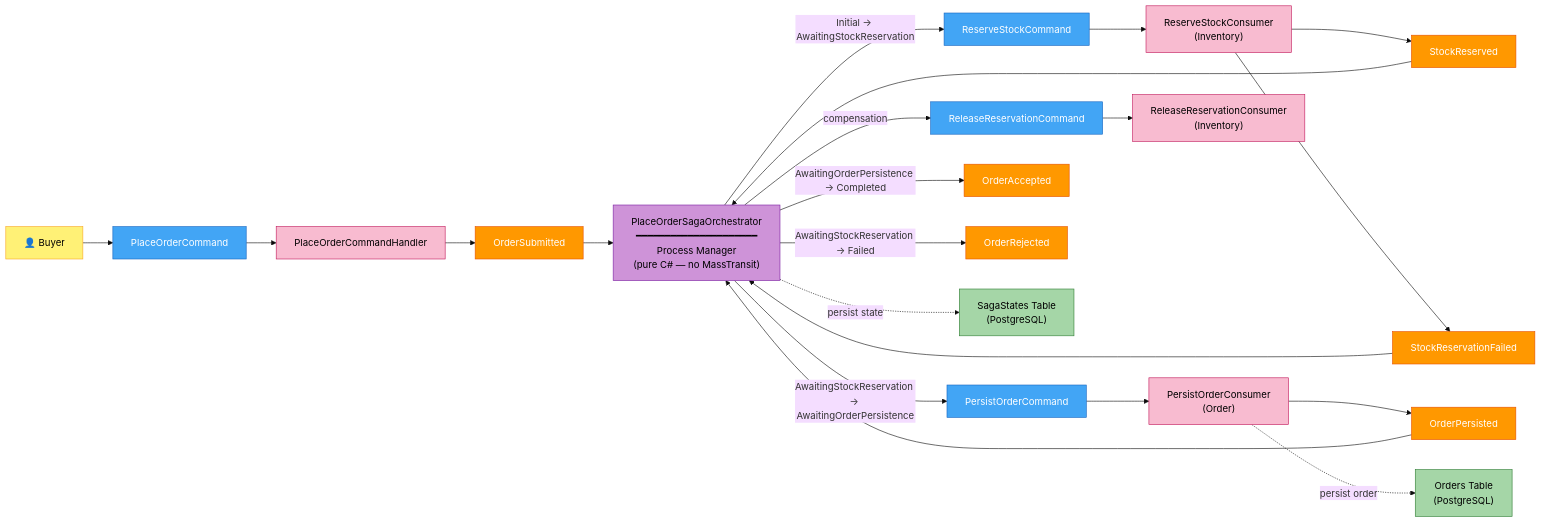
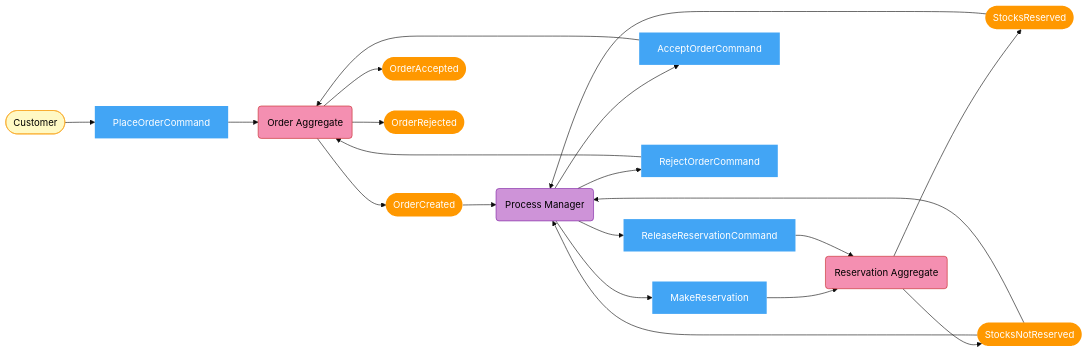
One commit to mnnam1302/EShop changed the second of 8 diagrams in Order/src/EShop.Order.API/README.md. Above: the diagram before and after it, drawn with Mermaid (base theme). The commit also changed other lines of this file and 3 other files, not shown here.

````diff
--- a/Order/src/EShop.Order.API/README.md
+++ b/Order/src/EShop.Order.API/README.md
@@ -133,53 +42,29 @@
 ```mermaid
-graph LR
-    BUYER["👤 Buyer"]:::actor
+flowchart LR
+    classDef event   fill:#ff9800,color:#fff,stroke:none
+    classDef command fill:#42a5f5,color:#fff,stroke:none
+    classDef agg     fill:#f48fb1,color:#000,stroke:#c62828
+    classDef pm      fill:#ce93d8,color:#000,stroke:#7b1fa2
+    classDef actor   fill:#fff9c4,color:#000,stroke:#f9a825
 
-    C1["PlaceOrderCommand"]:::command
-    C2["ReserveStockCommand"]:::command
-    C3["PersistOrderCommand"]:::command
-    C4["ReleaseReservationCommand"]:::command
+    Customer([Customer]):::actor
+    PlaceOrder[PlaceOrderCommand]:::command
+    OA(Order Aggregate):::agg
+    OrderCreated([OrderCreated]):::event
+    PM(Process Manager):::pm
+    MakeReservation[MakeReservation]:::command
+    RA(Reservation Aggregate):::agg
+    StocksReserved([StocksReserved]):::event
+    StocksNotReserved([StocksNotReserved]):::event
+    AcceptOrder[AcceptOrderCommand]:::command
+    RejectOrder[RejectOrderCommand]:::command
+    ReleaseReservation[ReleaseReservationCommand]:::command
+    OrderAccepted([OrderAccepted]):::event
+    OrderRejected([OrderRejected]):::event
 
-    H1["PlaceOrderCommandHandler"]:::aggregate
-    AGG_INV["ReserveStockConsumer<br/>(Inventory)"]:::aggregate
-    AGG_ORD["PersistOrderConsumer<br/>(Order)"]:::aggregate
-    AGG_REL["ReleaseReservationConsumer<br/>(Inventory)"]:::aggregate
-
-    E1["OrderSubmitted"]:::event
-    E2["StockReserved"]:::event
-    E3["StockReservationFailed"]:::event
-    E4["OrderPersisted"]:::event
-    E5["OrderAccepted"]:::event
-    E6["OrderRejected"]:::event
-
-    PM["PlaceOrderSagaOrchestrator<br/>━━━━━━━━━━━━━━━━━━━━━<br/>Process Manager<br/>(pure C# — no MassTransit)"]:::policy
-
-    RM["SagaStates Table<br/>(PostgreSQL)"]:::readmodel
-    RM2["Orders Table<br/>(PostgreSQL)"]:::readmodel
-
-    BUYER --> C1 --> H1 --> E1
-    E1 --> PM
-    PM -->|"Initial → AwaitingStockReservation"| C2
-    PM -.->|"persist state"| RM
-    C2 --> AGG_INV
-    AGG_INV --> E2
-    AGG_INV --> E3
-
-    E2 --> PM
-    PM -->|"AwaitingStockReservation → AwaitingOrderPersistence"| C3
-    C3 --> AGG_ORD --> E4
-    E4 --> PM
-    PM -->|"AwaitingOrderPersistence → Completed"| E5
-    AGG_ORD -.->|"persist order"| RM2
-
-    E3 --> PM
-    PM -->|"AwaitingStockReservation → Failed"| E6
-    PM -->|"compensation"| C4
-    C4 --> AGG_REL
-
-    classDef actor    fill:#fff176,stroke:#f9a825,color:#000
-    classDef command  fill:#42a5f5,stroke:#1565c0,color:#fff
-    classDef aggregate fill:#f8bbd0,stroke:#c2185b,color:#000
-    classDef event    fill:#ff9800,stroke:#e65100,color:#fff
-    classDef policy   fill:#ce93d8,stroke:#7b1fa2,color:#000
-    classDef readmodel fill:#a5d6a7,stroke:#2e7d32,color:#000
+    Customer --> PlaceOrder --> OA --> OrderCreated --> PM
+    PM --> MakeReservation --> RA
+    RA --> StocksReserved --> PM --> AcceptOrder --> OA --> OrderAccepted
+    RA --> StocksNotReserved --> PM --> RejectOrder --> OA --> OrderRejected
+    StocksNotReserved --> PM --> ReleaseReservation --> RA
 ```
````
